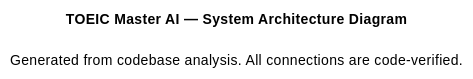
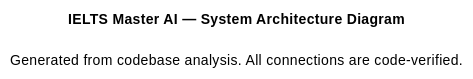
Before and after one commit to ThanhSi1008/thesis-ielts-system: the second of 2 diagrams in _extras/antigravity-plans/sysmtem_diagram/06_FINAL_ASSEMBLY.md, drawn with PlantUML. The commit also changed 61 other files, not shown here.

````diff
--- a/_extras/antigravity-plans/sysmtem_diagram/06_FINAL_ASSEMBLY.md
+++ b/_extras/antigravity-plans/sysmtem_diagram/06_FINAL_ASSEMBLY.md
@@ -30,4 +30,4 @@
 ```plantuml
-title TOEIC Master AI — System Architecture Diagram
+title IELTS Master AI — System Architecture Diagram
 caption Generated from codebase analysis. All connections are code-verified.
 ```
````
